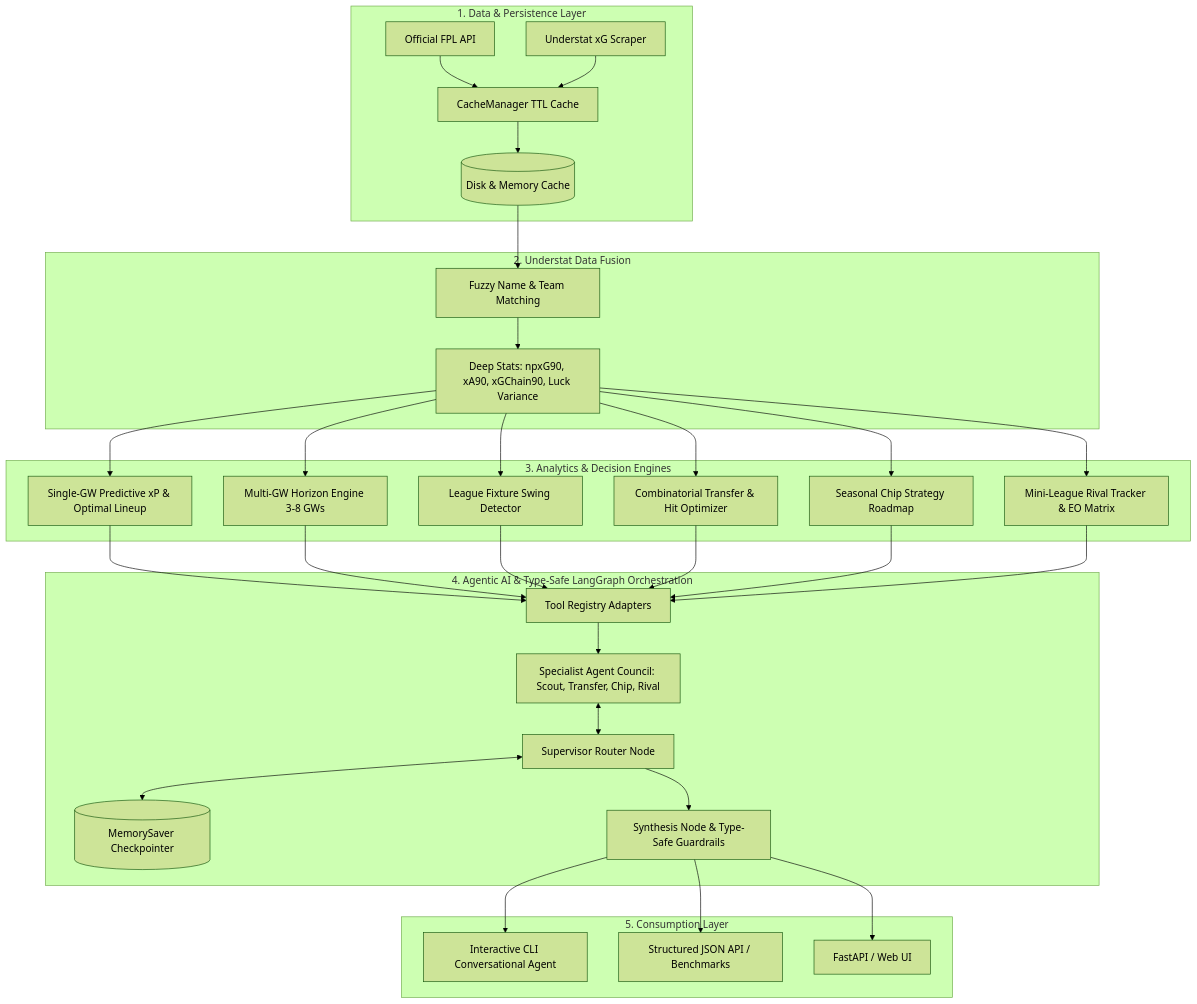
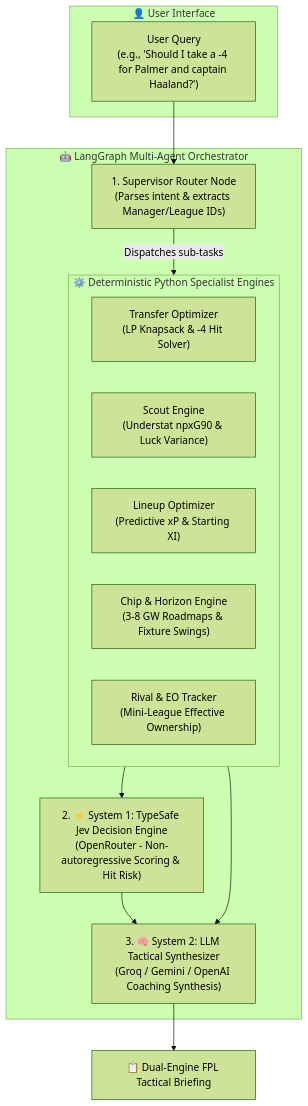
One commit to Salif123/LEO_FPL changed the diagram in README.md. Above: the diagram before and after it, drawn with Mermaid (forest theme). The commit also changed other lines of this file and 14 other files, not shown here.

````diff
--- a/README.md
+++ b/README.md
@@ -84,36 +20,28 @@
 ```mermaid
 flowchart TD
-    subgraph Data_Layer["1. Data & Persistence Layer"]
-        A[Official FPL API] --> C[CacheManager TTL Cache]
-        B[Understat xG Scraper] --> C
-        C --> D[(Disk & Memory Cache)]
+    subgraph User["👤 User Interface"]
+        UQ["User Query\n(e.g., 'Should I take a -4 for Palmer and captain Haaland?')"]
     end
 
-    subgraph Fusion_Layer["2. Understat Data Fusion"]
-        D --> E[Fuzzy Name & Team Matching]
-        E --> F[Deep Stats: npxG90, xA90, xGChain90, Luck Variance]
+    subgraph Orchestration["🤖 LangGraph Multi-Agent Orchestrator"]
+        Sup["1. Supervisor Router Node\n(Parses intent & extracts Manager/League IDs)"]
+        
+        subgraph Solvers["⚙️ Deterministic Python Specialist Engines"]
+            T_NODE["Transfer Optimizer\n(LP Knapsack & -4 Hit Solver)"]
+            S_NODE["Scout Engine\n(Understat npxG90 & Luck Variance)"]
+            L_NODE["Lineup Optimizer\n(Predictive xP & Starting XI)"]
+            C_NODE["Chip & Horizon Engine\n(3-8 GW Roadmaps & Fixture Swings)"]
+            R_NODE["Rival & EO Tracker\n(Mini-League Effective Ownership)"]
+        end
+
+        JEV["2. ⚡ System 1: TypeSafe Jev Decision Engine\n(OpenRouter - Non-autoregressive Scoring & Hit Risk)"]
+        SYNTH["3. 🧠 System 2: LLM Tactical Synthesizer\n(Groq / Gemini / OpenAI Coaching Synthesis)"]
     end
 
-    subgraph Intelligence_Engine["3. Analytics & Decision Engines"]
-        F --> G[Single-GW Predictive xP & Optimal Lineup]
-        F --> H[Multi-GW Horizon Engine 3-8 GWs]
-        F --> I[League Fixture Swing Detector]
-        F --> J[Combinatorial Transfer & Hit Optimizer]
-        F --> K[Seasonal Chip Strategy Roadmap]
-        F --> L[Mini-League Rival Tracker & EO Matrix]
-    end
-
-    subgraph Agentic_Layer["4. Agentic AI & Type-Safe LangGraph Orchestration"]
-        G & H & I & J & K & L --> TR[Tool Registry Adapters]
-        TR --> Council[Specialist Agent Council: Scout, Transfer, Chip, Rival]
-        Council <--> Supervisor[Supervisor Router Node]
-        Supervisor <--> Checkpoint[(MemorySaver Checkpointer)]
-        Supervisor --> Synth[Synthesis Node & Type-Safe Guardrails]
-    end
-
-    subgraph Output_Layer["5. Consumption Layer"]
-        Synth --> M[Interactive CLI Conversational Agent]
-        Synth --> N[Structured JSON API / Benchmarks]
-        Synth --> O[FastAPI / Web UI]
-    end
+    UQ --> Sup
+    Sup -->|Dispatches sub-tasks| Solvers
+    Solvers --> JEV
+    JEV --> SYNTH
+    Solvers --> SYNTH
+    SYNTH --> FinalOutput["📋 Dual-Engine FPL Tactical Briefing"]
 ```
````
